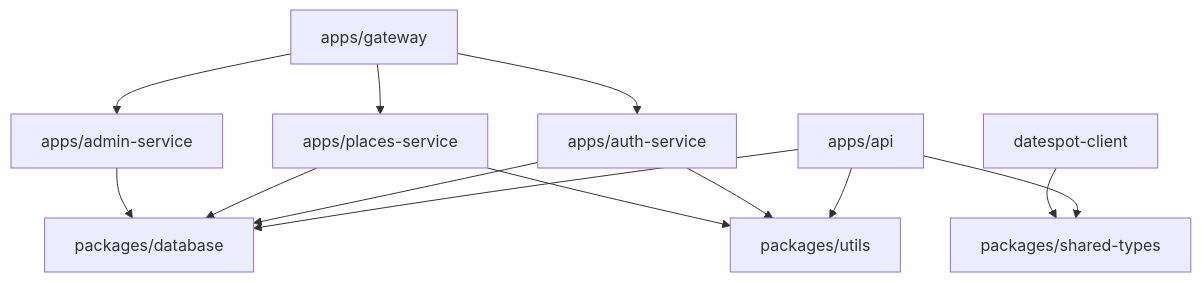
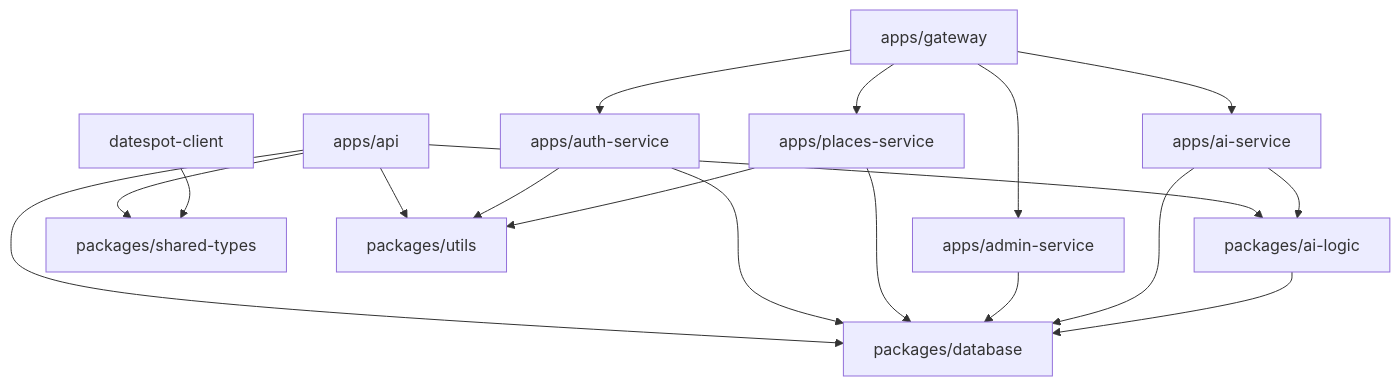
One commit to joni774/backDateSpot changed the second of 2 diagrams in docs/ARCHITECTURE.md. Above: the diagram before and after it, drawn with Mermaid. The commit also changed other lines of this file and 48 other files, not shown here.

````diff
--- a/docs/ARCHITECTURE.md
+++ b/docs/ARCHITECTURE.md
@@ -70,25 +77,32 @@
 ```mermaid
 flowchart TD
   gateway["apps/gateway"]
   api["apps/api"]
   auth["apps/auth-service"]
   places["apps/places-service"]
   admin["apps/admin-service"]
+  ai["apps/ai-service"]
   db["packages/database"]
   types["packages/shared-types"]
   utils["packages/utils"]
+  aiLogic["packages/ai-logic"]
   client["datespot-client"]
 
   gateway --> auth
   gateway --> places
   gateway --> admin
+  gateway --> ai
   api --> db
   api --> types
   api --> utils
+  api --> aiLogic
   auth --> db
   auth --> utils
   places --> db
   places --> utils
   admin --> db
+  ai --> db
+  ai --> aiLogic
+  aiLogic --> db
   client --> types
 ```
````
